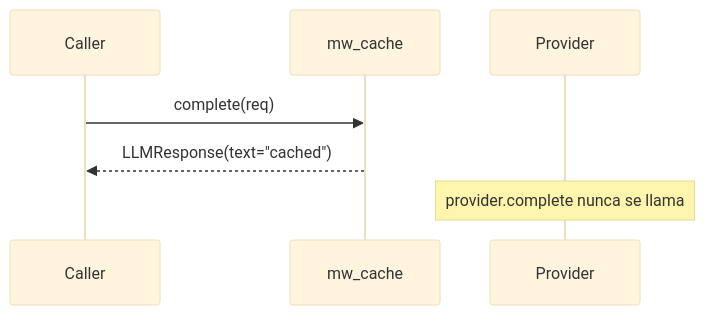
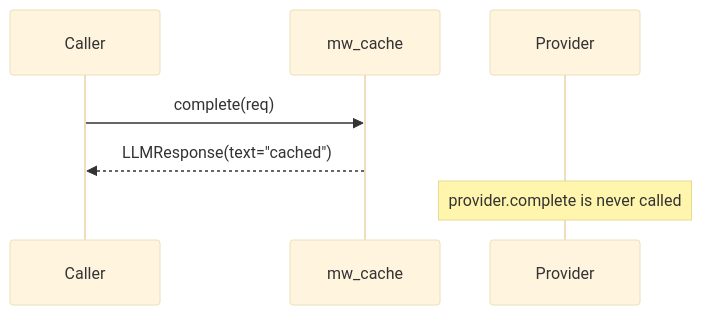
One commit to phronesis-framework/phronesis-framework changed the third of 3 diagrams in docs/middleware/index.md. Above: the diagram before and after it, drawn with Mermaid (base theme). The commit also changed other lines of this file and 17 other files, not shown here.

Commit message:
feat(docs): translate docs to english and replace ascii diagrams with mermaid

````diff
--- a/docs/middleware/index.md
+++ b/docs/middleware/index.md
@@ -148,10 +150,10 @@
 ```mermaid
 sequenceDiagram
     participant Caller
     participant Cache as mw_cache
     participant Provider
 
     Caller->>Cache: complete(req)
     Cache-->>Caller: LLMResponse(text="cached")
-    Note over Provider: provider.complete nunca se llama
+    Note over Provider: provider.complete is never called
 ```
````
